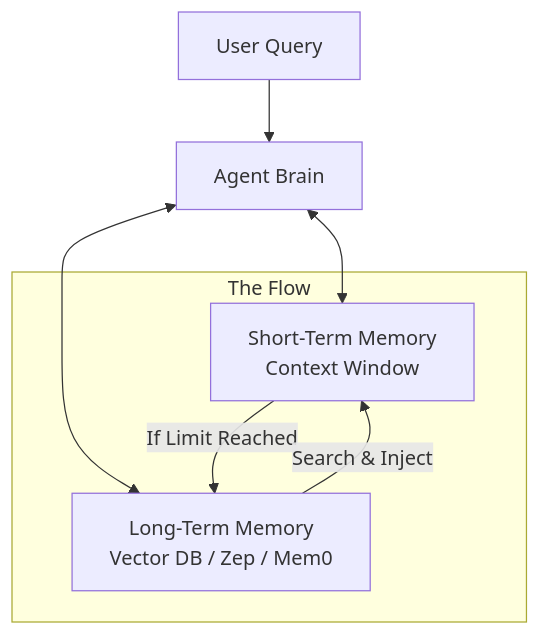
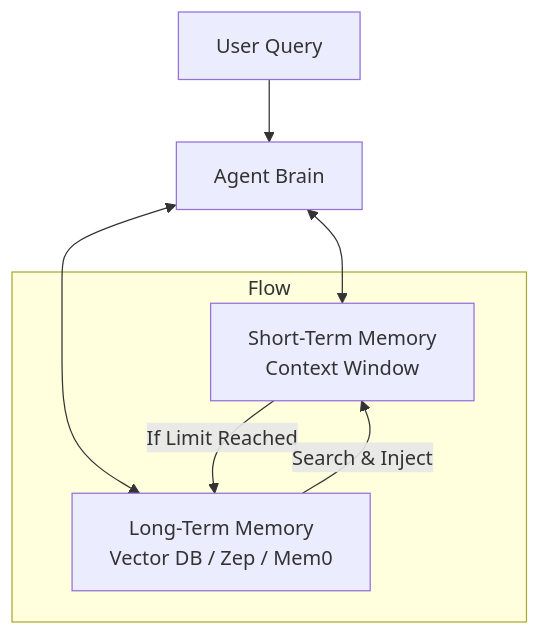
The diagram in docs/agentic_ai_learning/04_Agent_Memory_and_State/Short_Term_vs_Long_Term_Memory.md (Sameer-Malik20/SusaGPT-Build-LLM-From-Scratch-With-Hinglish-Learning-Material), drawn with Mermaid before and after one commit. The commit also changed other lines of this file and 25 other files, not shown here.

````diff
--- a/docs/agentic_ai_learning/04_Agent_Memory_and_State/Short_Term_vs_Long_Term_Memory.md
+++ b/docs/agentic_ai_learning/04_Agent_Memory_and_State/Short_Term_vs_Long_Term_Memory.md
@@ -26,11 +26,11 @@
 ```mermaid
 graph TD
     U[User Query] --> A[Agent Brain]
     A <--> ST[Short-Term Memory\nContext Window]
     A <--> LT[Long-Term Memory\nVector DB / Zep / Mem0]
     
-    subgraph "The Flow"
+    subgraph "Flow"
     ST -->|If Limit Reached| LT
     LT -->|Search & Inject| ST
     end
 ```
````
